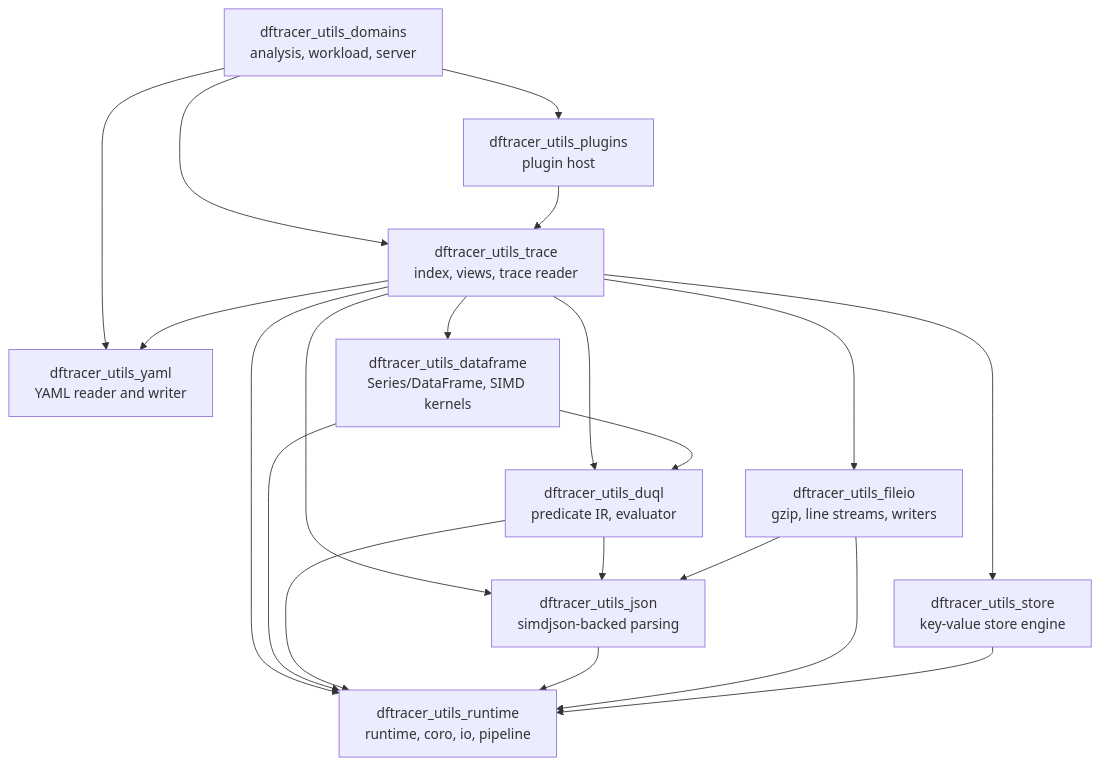
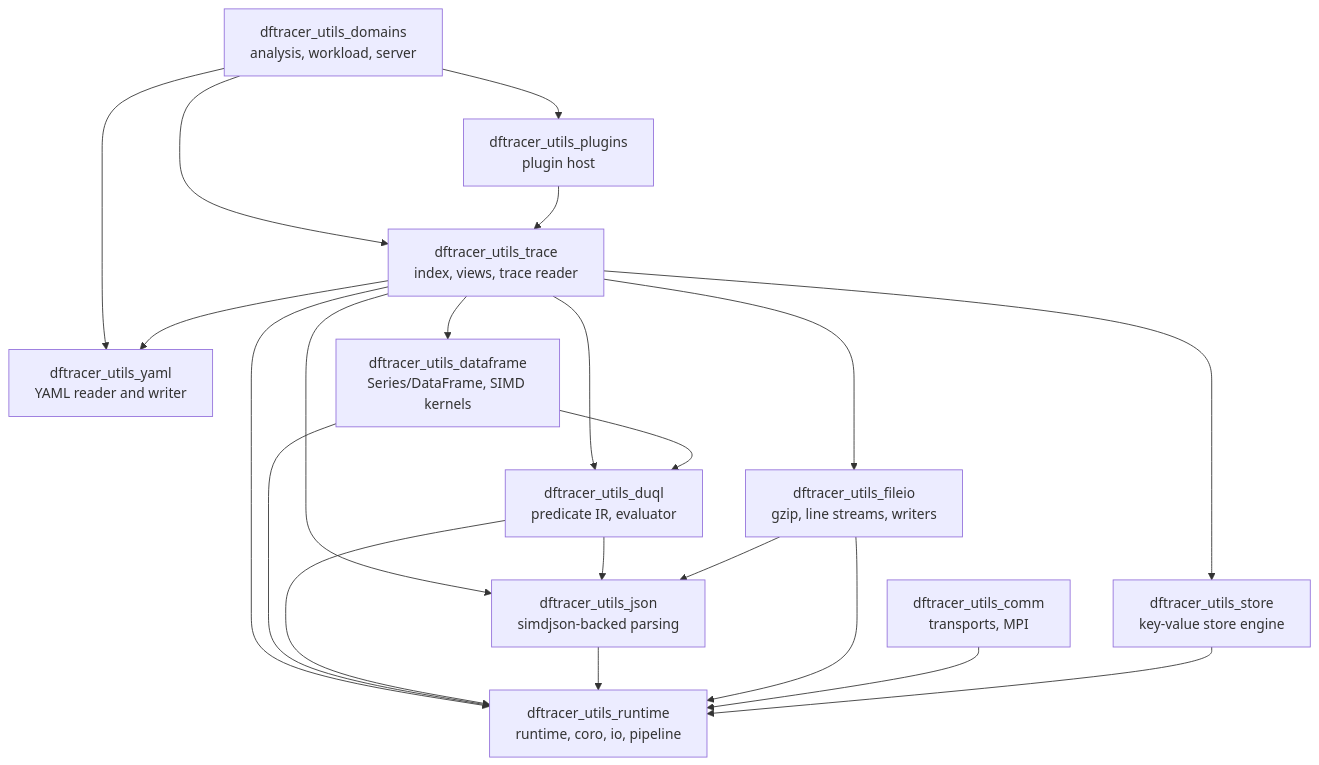
Before and after one commit to llnl-asr/dftracer-utils: the first of 2 diagrams in docs/source/concepts/architecture.rst, drawn with Mermaid. The commit also changed other lines of this file and 16 other files, not shown here.

Commit message:
refactor(comm): add the comm library above runtime and move the MPI helpers and transports into it

```diff
--- a/docs/source/concepts/architecture.rst
+++ b/docs/source/concepts/architecture.rst
@@ -65,32 +69,34 @@
 .. mermaid::
 
    graph TB
        Runtime["dftracer_utils_runtime<br/>runtime, coro, io, pipeline"]
+       Comm["dftracer_utils_comm<br/>transports, MPI"]
        Store["dftracer_utils_store<br/>key-value store engine"]
        Io["dftracer_utils_fileio<br/>gzip, line streams, writers"]
        Json["dftracer_utils_json<br/>simdjson-backed parsing"]
        Yaml["dftracer_utils_yaml<br/>YAML reader and writer"]
        Query["dftracer_utils_duql<br/>predicate IR, evaluator"]
        DF["dftracer_utils_dataframe<br/>Series/DataFrame, SIMD kernels"]
        Trace["dftracer_utils_trace<br/>index, views, trace reader"]
        Plugins["dftracer_utils_plugins<br/>plugin host"]
        Util["dftracer_utils_domains<br/>analysis, workload, server"]
        Store --> Runtime
+       Comm --> Runtime
        Io --> Runtime
        Io --> Json
        Json --> Runtime
        Query --> Runtime
        Query --> Json
        DF --> Runtime
        DF --> Query
        Trace --> Runtime
        Trace --> Store
        Trace --> Io
        Trace --> Json
        Trace --> Yaml
        Trace --> Query
        Trace --> DF
        Plugins --> Trace
        Util --> Plugins
        Util --> Trace
        Util --> Yaml
```
